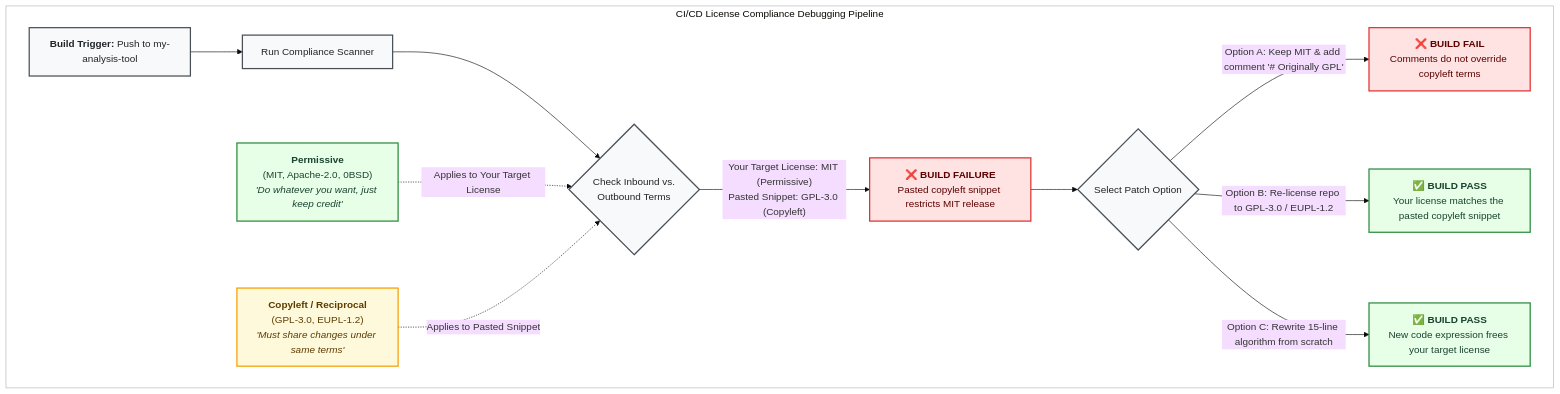
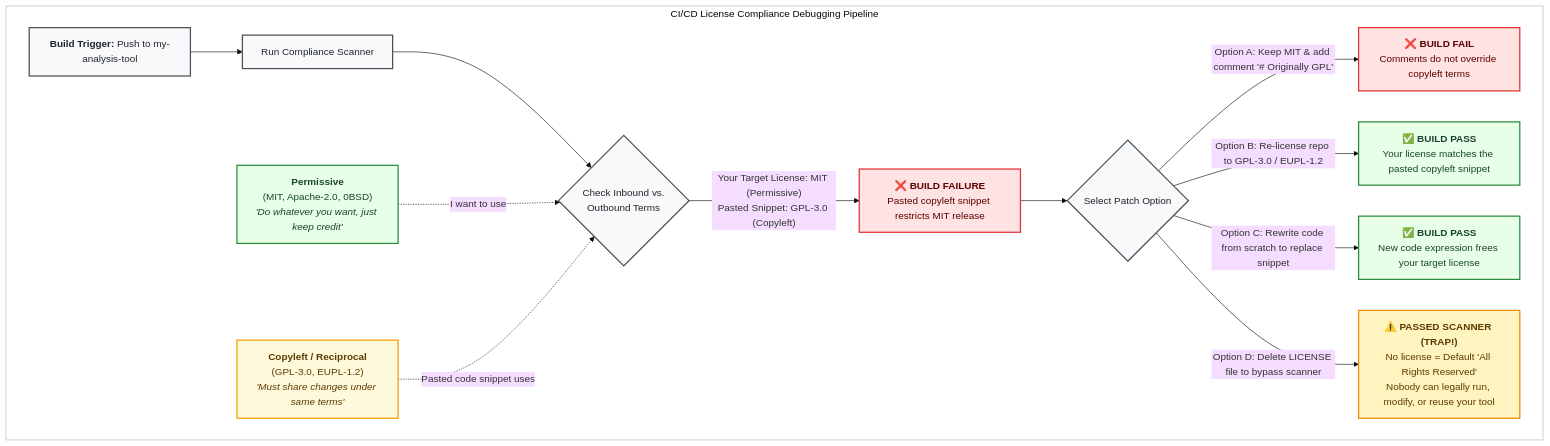
One commit to coderefinery/social-coding changed the first of 2 diagrams in content/software-licensing.md. Above: the diagram before and after it, drawn with Mermaid (base theme).

Commit message:
Update motivation to mention unlicensed

````diff
--- a/content/software-licensing.md
+++ b/content/software-licensing.md
@@ -32,34 +32,39 @@
 ```{mermaid}
+
 flowchart TB
 
     subgraph box["CI/CD License Compliance Debugging Pipeline"]
         A["<b>Build Trigger:</b> Push to my-analysis-tool"] --> B["Run Compliance Scanner"]
         B --> C{"Check Inbound vs.<br/>Outbound Terms"}
         
         C -->|"Your Target License: MIT (Permissive)<br/>Pasted Snippet: GPL-3.0 (Copyleft)"| D["❌ <b>BUILD FAILURE</b><br/>Pasted copyleft snippet restricts MIT release"]
         
         D --> E{"Select Patch Option"}
         
         E -->|"Option A: Keep MIT & add comment '# Originally GPL'"| F["❌ <b>BUILD FAIL</b><br/>Comments do not override copyleft terms"]
         E -->|"Option B: Re-license repo to GPL-3.0 / EUPL-1.2"| G["✅ <b>BUILD PASS</b><br/>Your license matches the pasted copyleft snippet"]
-        E -->|"Option C: Rewrite 15-line algorithm from scratch"| H["✅ <b>BUILD PASS</b><br/>New code expression frees your target license"]
-                P["<b>Permissive</b><br/>(MIT, Apache-2.0, 0BSD)<br/><i>'Do whatever you want, just keep credit'</i>"]
+        E -->|"Option C: Rewrite code from scratch to replace snippet"| H["✅ <b>BUILD PASS</b><br/>New code expression frees your target license"]
+        E -->|"Option D: Delete LICENSE file to bypass scanner"| I["⚠️ <b>PASSED SCANNER (TRAP!)</b><br/>No license = Default 'All Rights Reserved'<br/>Nobody can legally run, modify, or reuse your tool"]
+
+        P["<b>Permissive</b><br/>(MIT, Apache-2.0, 0BSD)<br/><i>'Do whatever you want, just keep credit'</i>"]
         CL["<b>Copyleft / Reciprocal</b><br/>(GPL-3.0, EUPL-1.2)<br/><i>'Must share changes under same terms'</i>"]
     end
 
-    P -.->|"Applies to Your Target License"| C
-    CL -.->|"Applies to Pasted Snippet"| C
+    P -.->|"I want to use"| C
+    CL -.->|"Pasted code snippet uses"| C
 
     classDef pass fill:#e6ffe6,stroke:#2b8a3e,stroke-width:2px,color:#1b4332;
     classDef copyleft fill:#fff9db,stroke:#f59f00,stroke-width:2px,color:#5c3c00;
     classDef fail fill:#ffe3e3,stroke:#e03131,stroke-width:2px,color:#5c0000;
+    classDef warning fill:#fff3bf,stroke:#f08c00,stroke-width:2px,color:#5c3c00;
     classDef neutral fill:#f8f9fa,stroke:#495057,stroke-width:2px,color:#212529;
     classDef box_fill fill:#ffffff,stroke:#adb5bd,stroke-width:1px;
 
     class P,G,H pass;
     class CL copyleft;
     class D,F fail;
+    class I warning;
     class A,B,C,E neutral;
-    class box box_fill;
- 
+    class box box_fill; 
+
 ```
````
